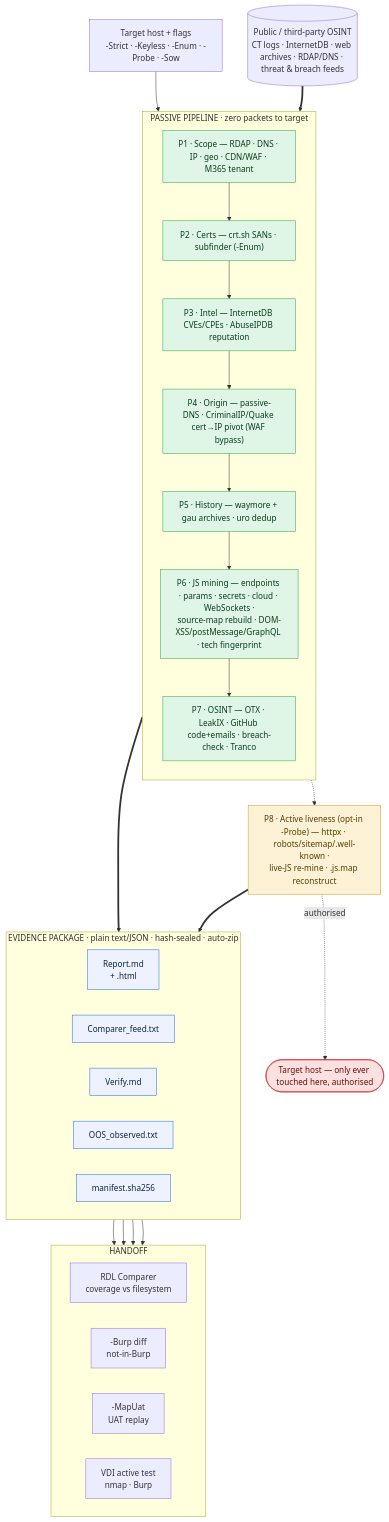
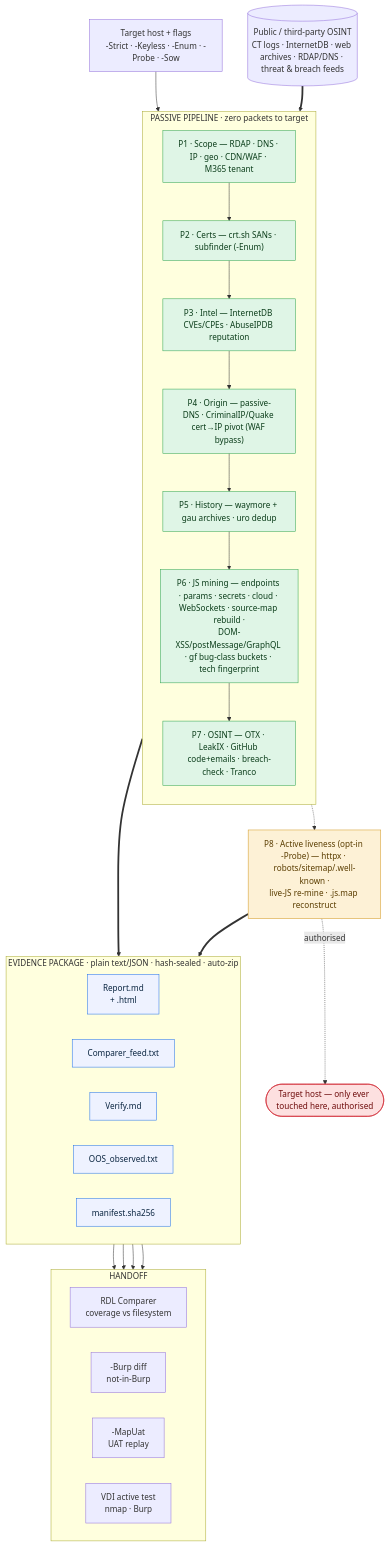
Before and after one commit to impramodsargar/AssetLens: the diagram in README.md, drawn with Mermaid. The commit also changed other lines of this file and 1 other file, not shown here.

First line of the commit message:
Add gf bug-class bucketing (P6) + ExecutionPolicy troubleshooting steps

````diff
--- a/README.md
+++ b/README.md
@@ -37,54 +37,54 @@
 ```mermaid
 flowchart TB
     IN["Target host + flags<br/>-Strict · -Keyless · -Enum · -Probe · -Sow"]
     SRC[("Public / third-party OSINT<br/>CT logs · InternetDB · web archives · RDAP/DNS · threat &amp; breach feeds")]
 
     subgraph PASSIVE["PASSIVE PIPELINE  ·  zero packets to target"]
         direction TB
         P1["P1 · Scope — RDAP · DNS · IP · geo · CDN/WAF · M365 tenant"]
         P2["P2 · Certs — crt.sh SANs · subfinder (-Enum)"]
         P3["P3 · Intel — InternetDB CVEs/CPEs · AbuseIPDB reputation"]
         P4["P4 · Origin — passive-DNS · CriminalIP/Quake cert→IP pivot (WAF bypass)"]
         P5["P5 · History — waymore + gau archives · uro dedup"]
-        P6["P6 · JS mining — endpoints · params · secrets · cloud · WebSockets ·<br/>source-map rebuild · DOM-XSS/postMessage/GraphQL · tech fingerprint"]
+        P6["P6 · JS mining — endpoints · params · secrets · cloud · WebSockets · source-map rebuild ·<br/>DOM-XSS/postMessage/GraphQL · gf bug-class buckets · tech fingerprint"]
         P7["P7 · OSINT — OTX · LeakIX · GitHub code+emails · breach-check · Tranco"]
         P1 --> P2 --> P3 --> P4 --> P5 --> P6 --> P7
     end
 
     P8["P8 · Active liveness (opt-in -Probe) — httpx · robots/sitemap/.well-known ·<br/>live-JS re-mine · .js.map reconstruct"]
     TGT(["Target host — only ever touched here, authorised"])
 
     subgraph OUT["EVIDENCE PACKAGE  ·  plain text/JSON · hash-sealed · auto-zip"]
         direction LR
         R["Report.md<br/>+ .html"]
         F["Comparer_feed.txt"]
         V["Verify.md"]
         O["OOS_observed.txt"]
         M["manifest.sha256"]
     end
 
     subgraph HAND["HANDOFF"]
         direction LR
         RDL["RDL Comparer<br/>coverage vs filesystem"]
         BURP["-Burp diff<br/>not-in-Burp"]
         UAT["-MapUat<br/>UAT replay"]
         VDI["VDI active test<br/>nmap · Burp"]
     end
 
     IN --> PASSIVE
     SRC ==> PASSIVE
     PASSIVE ==> OUT
     PASSIVE -.-> P8
     P8 -. "authorised" .-> TGT
     P8 ==> OUT
     OUT --> RDL & BURP & UAT & VDI
 
     classDef pass fill:#dff5e6,stroke:#2ea44f,color:#0b3d1a;
     classDef act fill:#fdf1d6,stroke:#d29922,color:#5a3d00;
     classDef tgt fill:#fde0e0,stroke:#cf222e,color:#6e0b0b;
     classDef out fill:#eef2ff,stroke:#1f6feb,color:#0a2540;
     class P1,P2,P3,P4,P5,P6,P7 pass;
     class P8 act;
     class TGT tgt;
     class R,F,V,O,M out;
 ```
````
